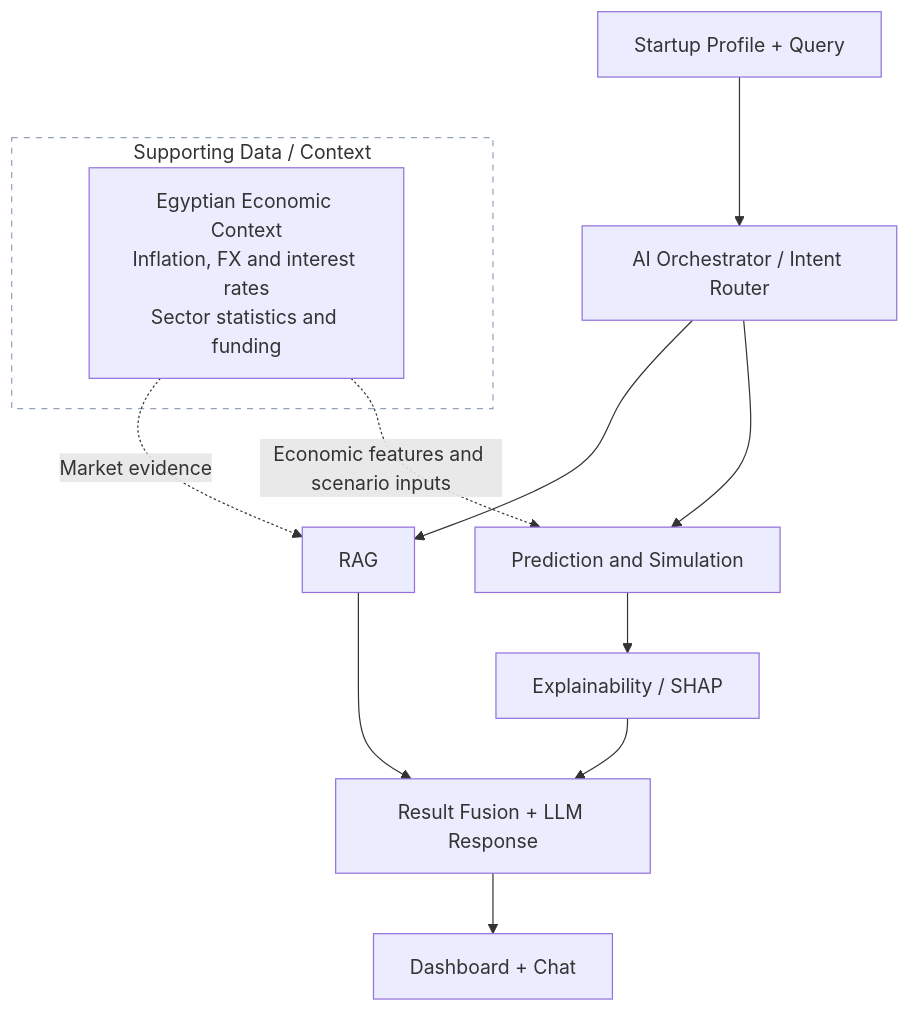
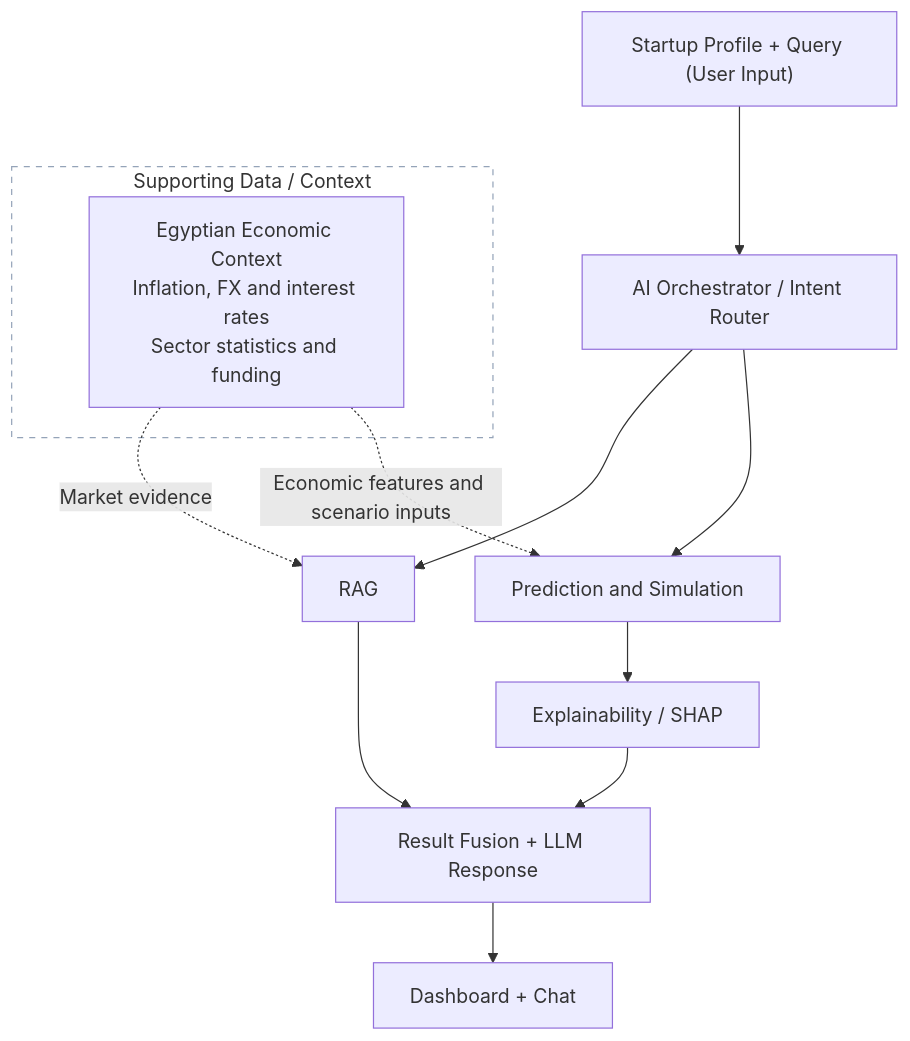
One commit to Abdelrhman-Ameen/egyptian-startup-intelligence-system changed the diagram in README.md. Above: the diagram before and after it, drawn with Mermaid.

Commit message:
docs: label startup profile and query as user input

````diff
--- a/README.md
+++ b/README.md
@@ -26,17 +26,17 @@
 ```mermaid
 flowchart TD
-    A[Startup Profile + Query] --> B[AI Orchestrator / Intent Router]
+    A["Startup Profile + Query (User Input)"] --> B[AI Orchestrator / Intent Router]
     B --> C[RAG]
     B --> D[Prediction and Simulation]
     D --> G[Explainability / SHAP]
     C --> H[Result Fusion + LLM Response]
     G --> H
     H --> I[Dashboard + Chat]
 
     subgraph SUPPORT[Supporting Data / Context]
         F["Egyptian Economic Context<br/>Inflation, FX and interest rates<br/>Sector statistics and funding"]
     end
     F -.->|Market evidence| C
     F -.->|Economic features and scenario inputs| D
     style SUPPORT fill:transparent,stroke:#94a3b8,stroke-dasharray:5 5
 ```
````
